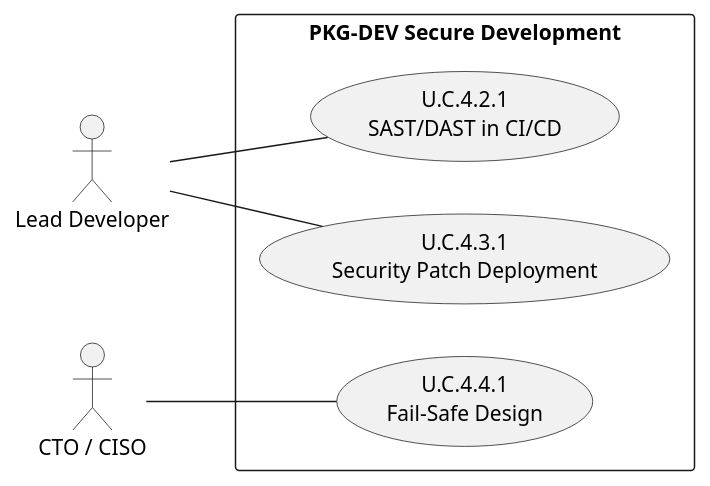
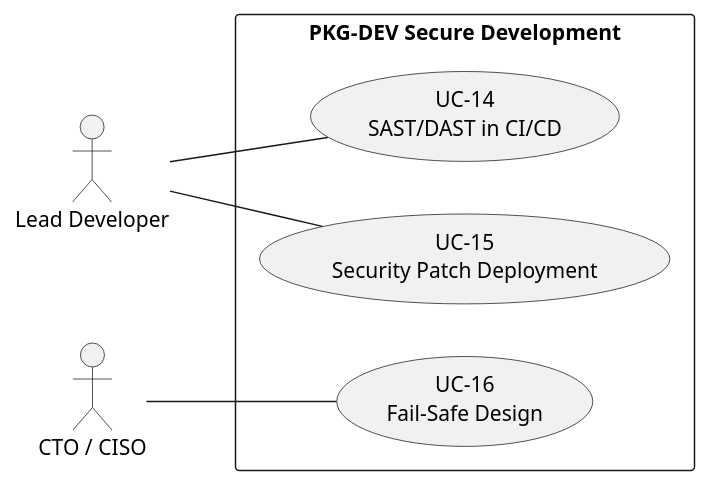
One commit to pauloribeiro16/Methodology_compact changed the tenth of 11 diagrams in 02_CASES/Case_01_TinyTask_SaaS/03_PHASE3_DECOMPOSITION_RICH/annexes/A_Use_Case_Diagrams.md. Above: the diagram before and after it, drawn with PlantUML. The commit also changed other lines of this file and 34 other files, not shown here.

Commit message:
[EXECUTOR] F2 RENUMBER Case_01: U.C.x.y.z flattened → UC-01..40 (compliance 01..17 + product 18..40), two-phase, 20 files, xlsx+builder regenerated, 11 SVGs re-rendered; gates PASS (verify_rich 0, audit 100%, mermaid 192/192, smoke 16/16)

````diff
--- a/02_CASES/Case_01_TinyTask_SaaS/03_PHASE3_DECOMPOSITION_RICH/annexes/A_Use_Case_Diagrams.md
+++ b/02_CASES/Case_01_TinyTask_SaaS/03_PHASE3_DECOMPOSITION_RICH/annexes/A_Use_Case_Diagrams.md
@@ -342,15 +344,15 @@
 ```plantuml
 @startuml
 left to right direction
 actor "Lead Developer" as DEV
 actor "CTO / CISO" as CTO
 rectangle "PKG-DEV Secure Development" {
-usecase "U.C.4.2.1\nSAST/DAST in CI/CD" as UC421
-usecase "U.C.4.3.1\nSecurity Patch Deployment" as UC431
-usecase "U.C.4.4.1\nFail-Safe Design" as UC441
+usecase "UC-14\nSAST/DAST in CI/CD" as UC421
+usecase "UC-15\nSecurity Patch Deployment" as UC431
+usecase "UC-16\nFail-Safe Design" as UC441
 }
 DEV -- UC421
 DEV -- UC431
 CTO -- UC441
 @enduml
 ```
````
